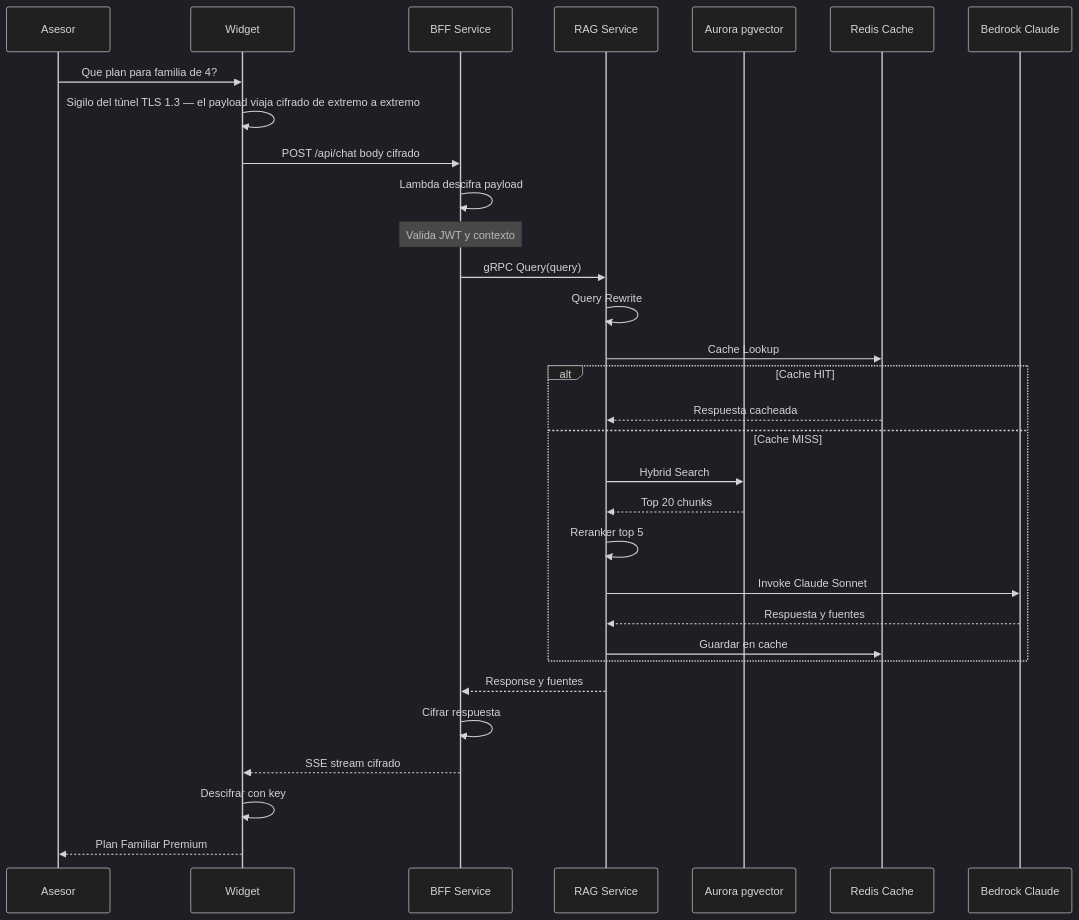
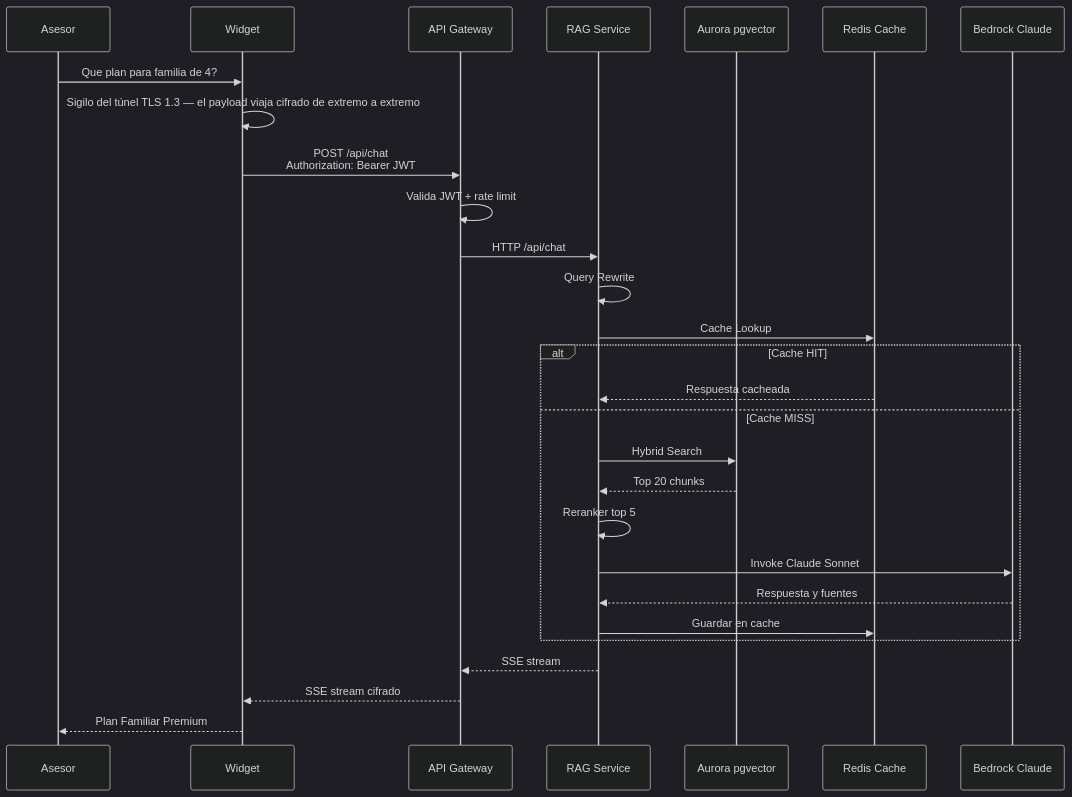
One commit to johnruedal96/capillas changed the second of 9 diagrams in docs/propuesta_tecnologica.md. Above: the diagram before and after it, drawn with Mermaid (dark theme). The commit also changed other lines of this file, not shown here.

````diff
--- a/docs/propuesta_tecnologica.md
+++ b/docs/propuesta_tecnologica.md
@@ -122,34 +125,31 @@
 ```mermaid
 sequenceDiagram
     participant A as Asesor
     participant W as Widget
-    participant B as BFF Service
+    participant GW as API Gateway
     participant R as RAG Service
     participant V as Aurora pgvector
     participant C as Redis Cache
     participant L as Bedrock Claude
 
     A->>W: Que plan para familia de 4?
     W->>W: Sigilo del túnel TLS 1.3 — el payload viaja cifrado de extremo a extremo
-    W->>B: POST /api/chat body cifrado
-    B->>B: Lambda descifra payload
-    Note over B: Valida JWT y contexto
-    B->>R: gRPC Query(query)
+    W->>GW: POST /api/chat<br/>Authorization: Bearer JWT
+    GW->>GW: Valida JWT + rate limit
+    GW->>R: HTTP /api/chat
     R->>R: Query Rewrite
     R->>C: Cache Lookup
     alt Cache HIT
         C-->>R: Respuesta cacheada
     else Cache MISS
         R->>V: Hybrid Search
         V-->>R: Top 20 chunks
         R->>R: Reranker top 5
         R->>L: Invoke Claude Sonnet
         L-->>R: Respuesta y fuentes
         R->>C: Guardar en cache
     end
-    R-->>B: Response y fuentes
-    B->>B: Cifrar respuesta
-    B-->>W: SSE stream cifrado
-    W->>W: Descifrar con key
+    R-->>GW: SSE stream
+    GW-->>W: SSE stream cifrado
     W-->>A: Plan Familiar Premium
 ```
````
